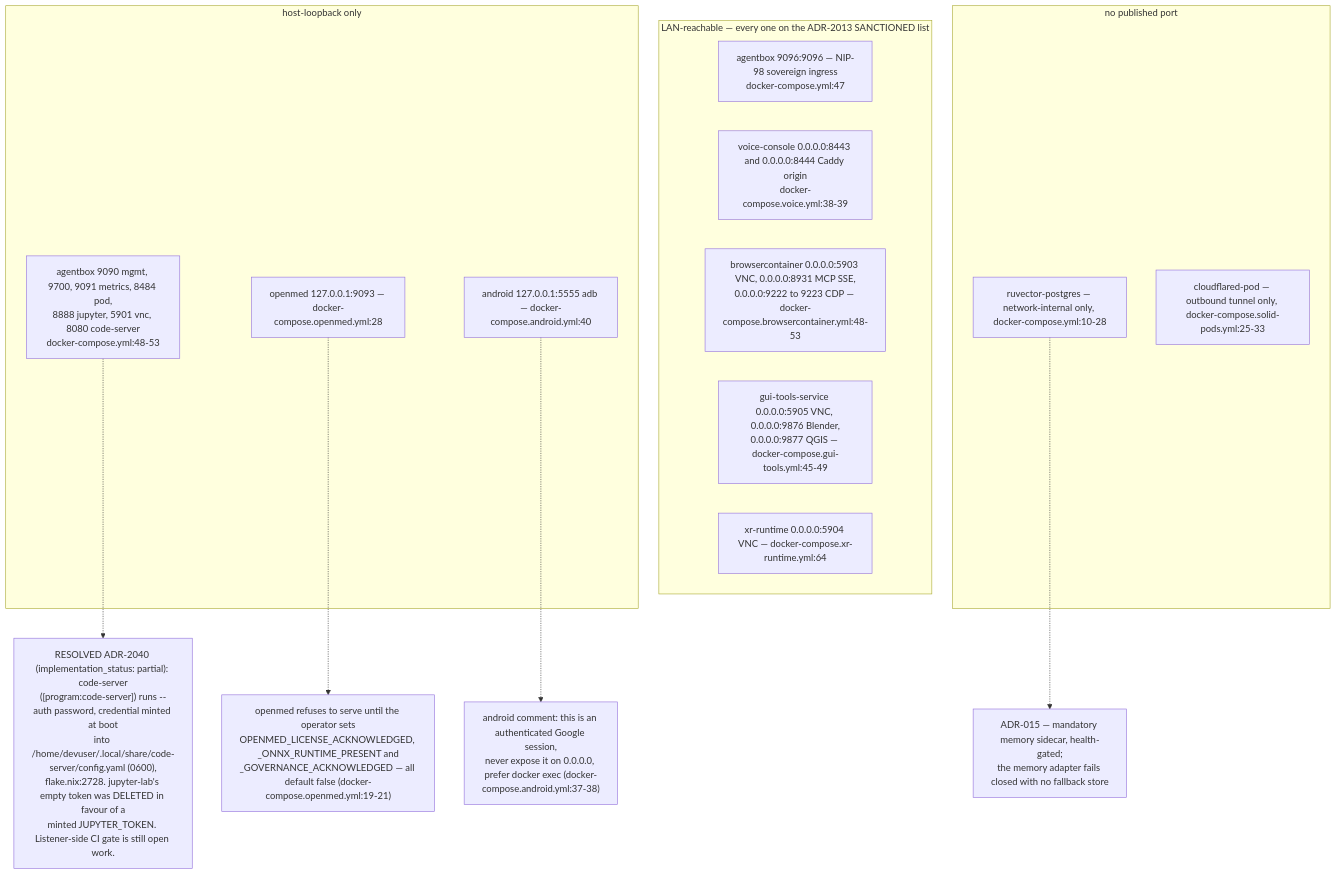
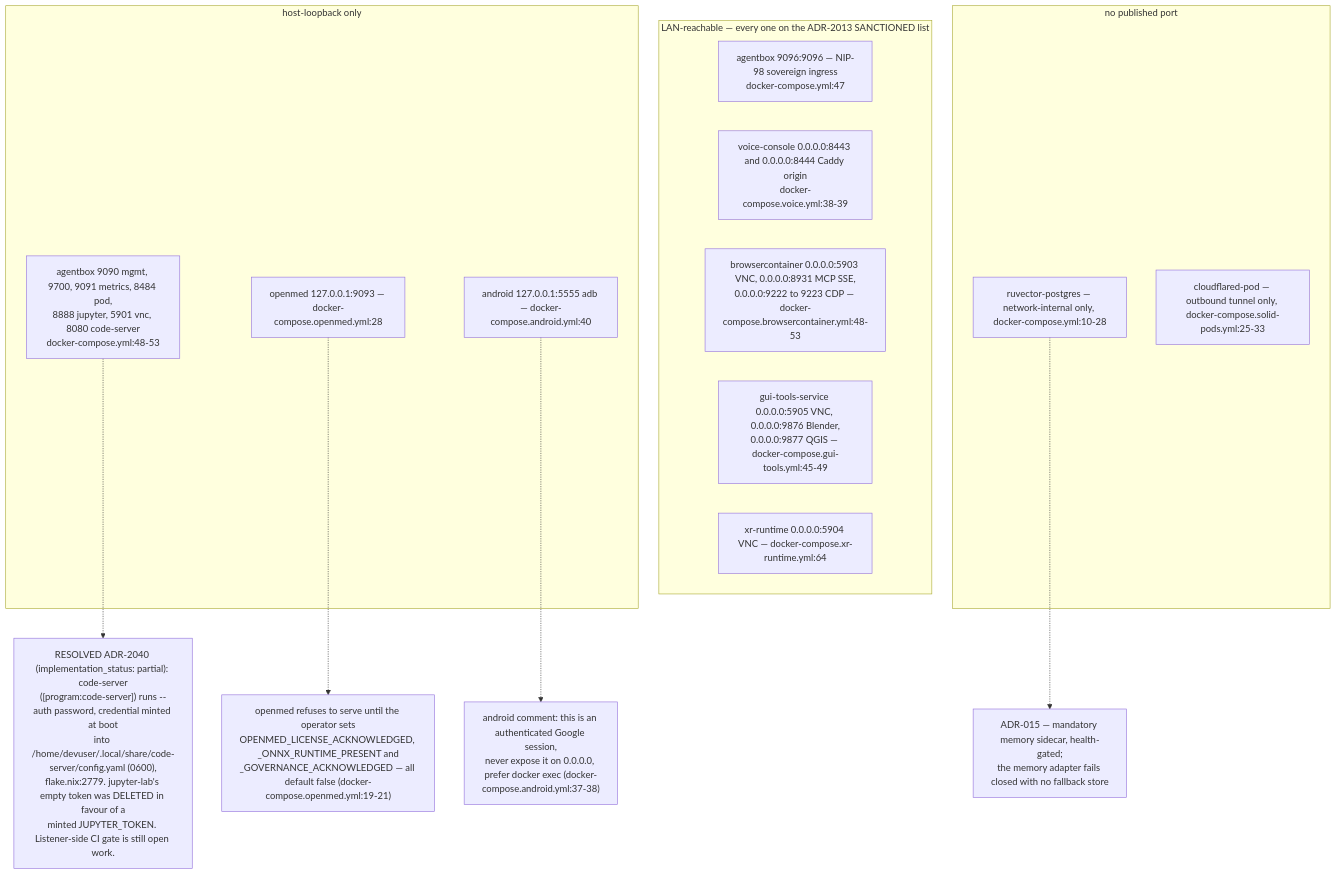
Before and after one commit to DreamLab-AI/VisionFlow: the seventh of 13 diagrams in docs/diagrams/agentbox/06-sidecars-and-compose-overlays.md, drawn with Mermaid. The commit also changed other lines of this file and 80 other files, not shown here.

First line of the commit message:
docs(diagrams): re-verify the agentbox, dreamlab, estate and visionflow corpus against current sources

````diff
--- a/docs/diagrams/agentbox/06-sidecars-and-compose-overlays.md
+++ b/docs/diagrams/agentbox/06-sidecars-and-compose-overlays.md
@@ -219,23 +219,23 @@
 ```mermaid
 flowchart TB
     subgraph LANP["LAN-reachable — every one on the ADR-2013 SANCTIONED list"]
         P1["agentbox 9096:9096 — NIP-98 sovereign ingress<br/>docker-compose.yml:47"]
         P2["voice-console 0.0.0.0:8443 and 0.0.0.0:8444 Caddy origin<br/>docker-compose.voice.yml:38-39"]
         P3["browsercontainer 0.0.0.0:5903 VNC, 0.0.0.0:8931 MCP SSE,<br/>0.0.0.0:9222 to 9223 CDP — docker-compose.browsercontainer.yml:48-53"]
         P4["gui-tools-service 0.0.0.0:5905 VNC, 0.0.0.0:9876 Blender,<br/>0.0.0.0:9877 QGIS — docker-compose.gui-tools.yml:45-49"]
         P5["xr-runtime 0.0.0.0:5904 VNC — docker-compose.xr-runtime.yml:64"]
     end
     subgraph LOOP["host-loopback only"]
         Q1["agentbox 9090 mgmt, 9700, 9091 metrics, 8484 pod,<br/>8888 jupyter, 5901 vnc, 8080 code-server<br/>docker-compose.yml:48-53"]
         Q2["openmed 127.0.0.1:9093 — docker-compose.openmed.yml:28"]
         Q3["android 127.0.0.1:5555 adb — docker-compose.android.yml:40"]
     end
     subgraph NONE["no published port"]
         R1["ruvector-postgres — network-internal only, docker-compose.yml:10-28"]
         R2["cloudflared-pod — outbound tunnel only, docker-compose.solid-pods.yml:25-33"]
     end
     Q3 -.-> AND["android comment: this is an authenticated Google session,<br/>never expose it on 0.0.0.0, prefer docker exec (docker-compose.android.yml:37-38)"]
     Q2 -.-> OM["openmed refuses to serve until the operator sets<br/>OPENMED_LICENSE_ACKNOWLEDGED, _ONNX_RUNTIME_PRESENT and<br/>_GOVERNANCE_ACKNOWLEDGED — all default false (docker-compose.openmed.yml:19-21)"]
-    Q1 -.-> CSR["RESOLVED ADR-2040 (implementation_status: partial): code-server<br/>([program:code-server]) runs --auth password, credential minted at boot<br/>into /home/devuser/.local/share/code-server/config.yaml (0600),<br/>flake.nix:2728. jupyter-lab's empty token was DELETED in favour of a<br/>minted JUPYTER_TOKEN. Listener-side CI gate is still open work."]
+    Q1 -.-> CSR["RESOLVED ADR-2040 (implementation_status: partial): code-server<br/>([program:code-server]) runs --auth password, credential minted at boot<br/>into /home/devuser/.local/share/code-server/config.yaml (0600),<br/>flake.nix:2779. jupyter-lab's empty token was DELETED in favour of a<br/>minted JUPYTER_TOKEN. Listener-side CI gate is still open work."]
     R1 -.-> PGN["ADR-015 — mandatory memory sidecar, health-gated;<br/>the memory adapter fails closed with no fallback store"]
 ```
````
